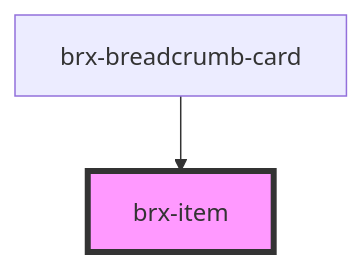
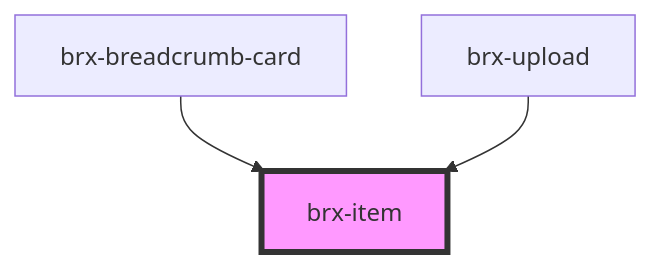
The diagram in packages/core/src/components/brx-item/readme.md (copperui/copperui), drawn with Mermaid before and after one commit. The commit also changed other lines of this file and 20 other files, not shown here.

First line of the commit message:
feat(core): components: brx-upload (#58)

````diff
--- a/packages/core/src/components/brx-item/readme.md
+++ b/packages/core/src/components/brx-item/readme.md
@@ -23,5 +24,6 @@
 ```mermaid
 graph TD;
   brx-breadcrumb-card --> brx-item
+  brx-upload --> brx-item
   style brx-item fill:#f9f,stroke:#333,stroke-width:4px
 ```
````
